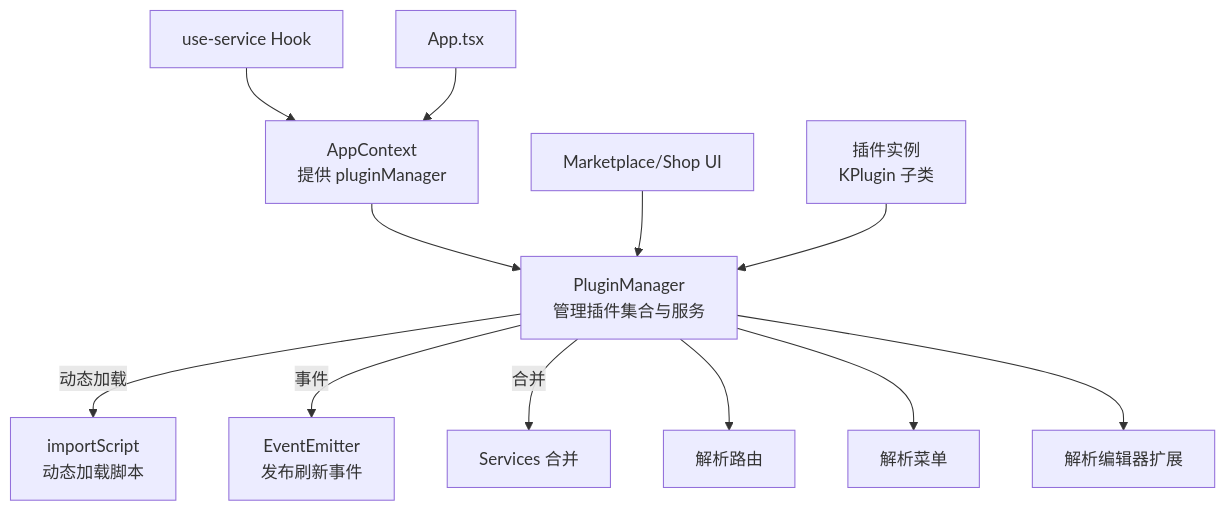
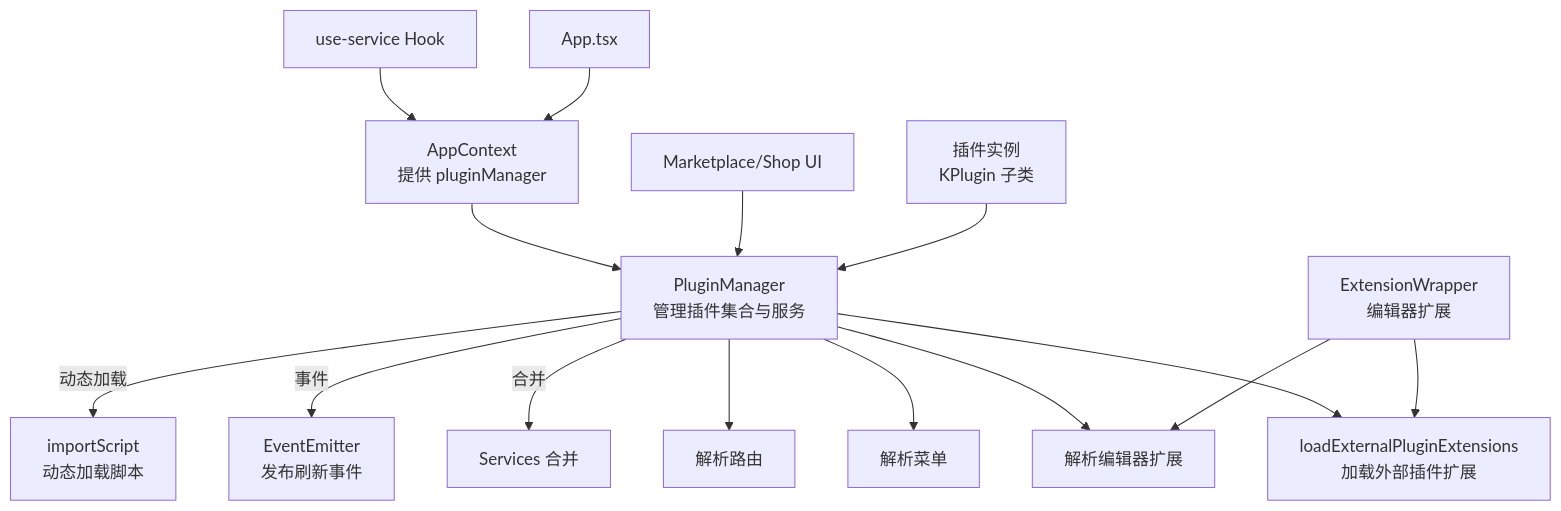
The second of 8 diagrams in .qoder/repowiki/zh/content/架构设计/插件系统架构/插件管理器核心.md (LRF0422/Kotion), drawn with Mermaid before and after one commit. The commit also changed other lines of this file and 75 other files, not shown here.

````diff
--- a/.qoder/repowiki/zh/content/架构设计/插件系统架构/插件管理器核心.md
+++ b/.qoder/repowiki/zh/content/架构设计/插件系统架构/插件管理器核心.md
@@ -129,14 +154,17 @@
 ```mermaid
 graph TB
 PM["PluginManager<br/>管理插件集合与服务"] --> |动态加载| IS["importScript<br/>动态加载脚本"]
 PM --> |事件| EV["EventEmitter<br/>发布刷新事件"]
 PM --> |合并| SV["Services 合并"]
 PM --> RT["解析路由"]
 PM --> MK["解析菜单"]
 PM --> EX["解析编辑器扩展"]
+PM --> LEE["loadExternalPluginExtensions<br/>加载外部插件扩展"]
 CXT["AppContext<br/>提供 pluginManager"] --> PM
 USV["use-service Hook"] --> CXT
 APP["App.tsx"] --> CXT
 SHOP["Marketplace/Shop UI"] --> PM
 PLG["插件实例<br/>KPlugin 子类"] --> PM
+EXT["ExtensionWrapper<br/>编辑器扩展"] --> EX
+EXT --> LEE
 ```
````
